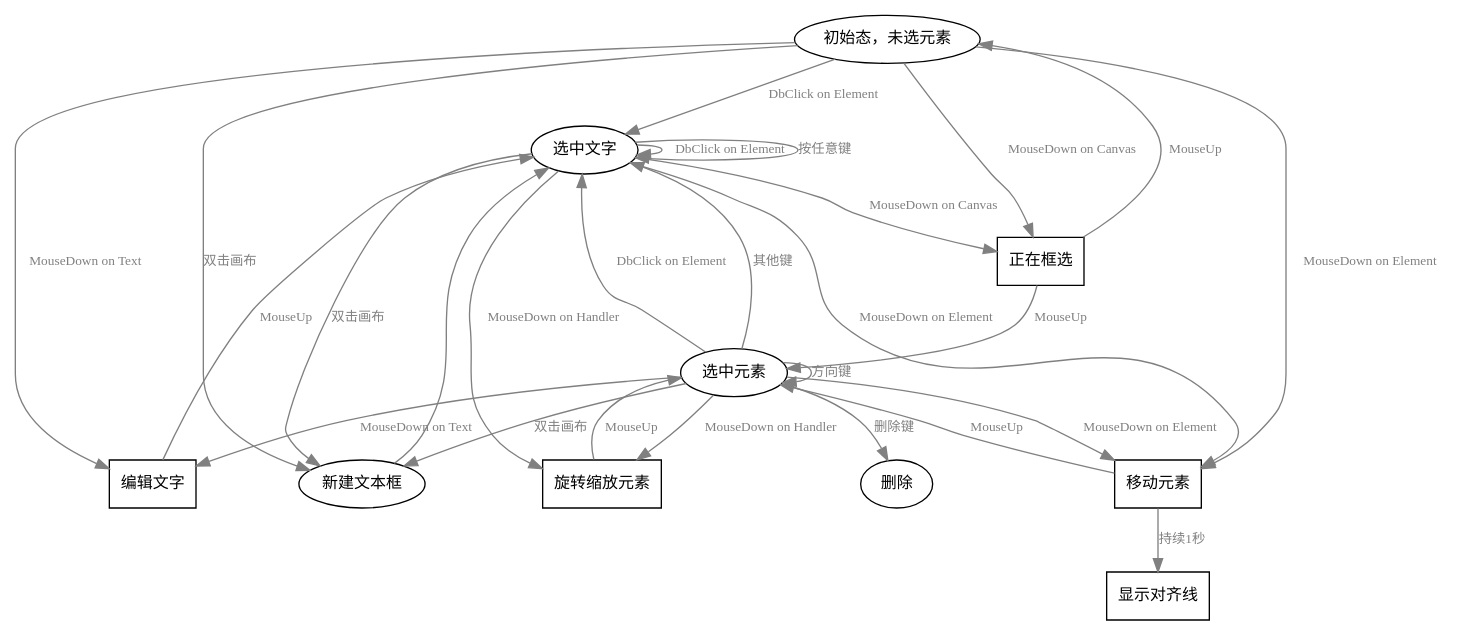
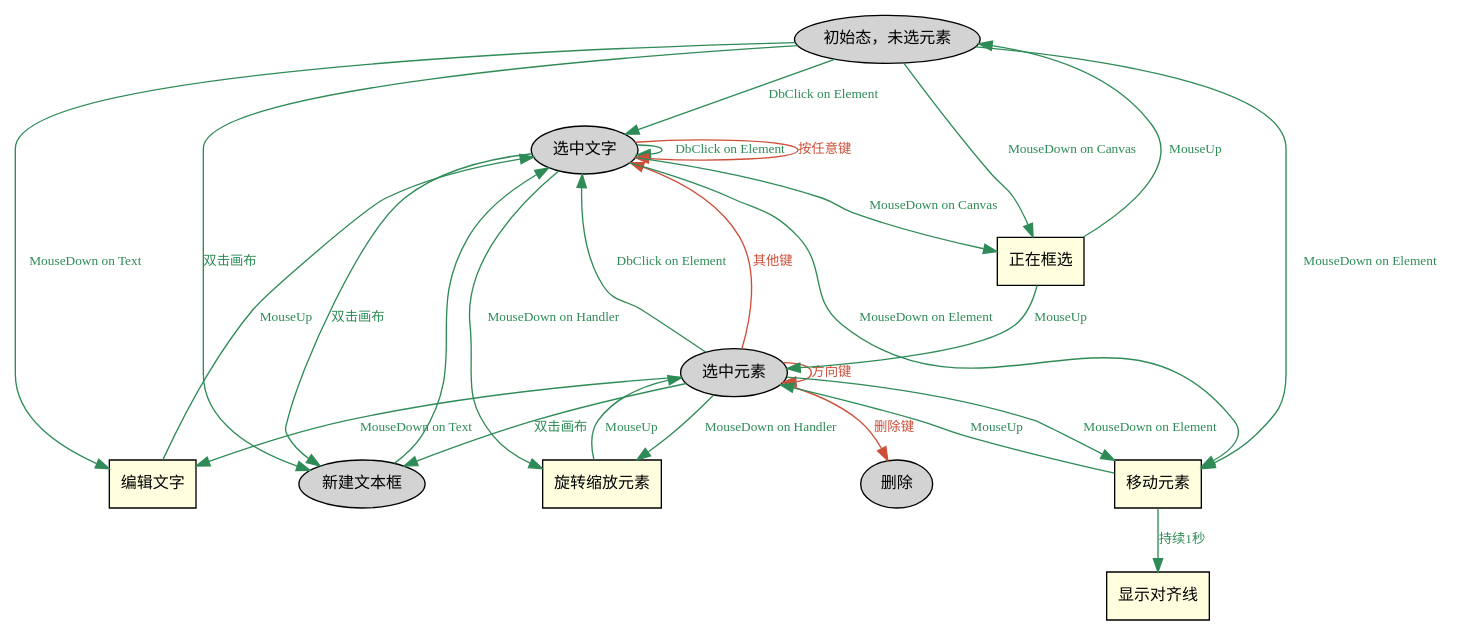
The diagram in select-state.dot (renmin/SimplestSlide), drawn with Graphviz before and after one commit. The commit also changed 1 other file, not shown here.

Commit message:
状态机图

```diff
--- a/select-state.dot
+++ b/select-state.dot
@@ -1,45 +1,46 @@
 digraph G {
-	node [shape=ellipse fontsize=12]; 
-	edge [fontsize=10, color=gray, fontcolor=gray]
+	node [shape=ellipse fontsize=12 style=filled]; 
 
 	S0 [
 	 label= "初始态，未选元素"
 	]
 	S1 [
 	 label= "选中元素"
 	]
 	S_T [label = "选中文字"]
 	N0 [label="新建文本框"]
 	Del [label="删除"]
-	node [shape=record]; 
+	node [shape=record style=filled fillcolor=lightyellow]; 
 	Selecting[
 		label="正在框选"
 	]
 	E0 [label="编辑文字"]
 	M1[label="移动元素"]
 	O1 [label="旋转缩放元素"]
 	Align [label="显示对齐线"]
 
+	edge [fontsize=10, color=seagreen, fontcolor=seagreen]
 
 	{S0,S1,S_T} -> M1 [label="MouseDown on Element"]
 	M1->S1 [label="MouseUp"]
 		
 	{S0,S_T} -> Selecting [label="MouseDown on Canvas"]
 	Selecting-> {S0,S1} [label="MouseUp"]
 	{S0,S1} -> E0 [label="MouseDown on Text"]
 	E0-> S_T [label="MouseUp"]
 
 	{S1,S_T}->O1[label="MouseDown on Handler"]
 	O1->S1 [label="MouseUp"]
 
 	S0,S1,S_T->S_T[label="DbClick on Element"]
 	S0,S1,S_T->N0[label="双击画布"]
 	N0->S_T
 	M1->Align [label="持续1秒"]
 	//键盘事件
+	edge [fontsize=10, color=tomato3, fontcolor=tomato3]
 	S_T->S_T [label="按任意键"]
 	S1->S1 [label="方向键"]
 	S1->S_T [label="其他键"]
 	S1->Del [label="删除键"]
 
 }
```
